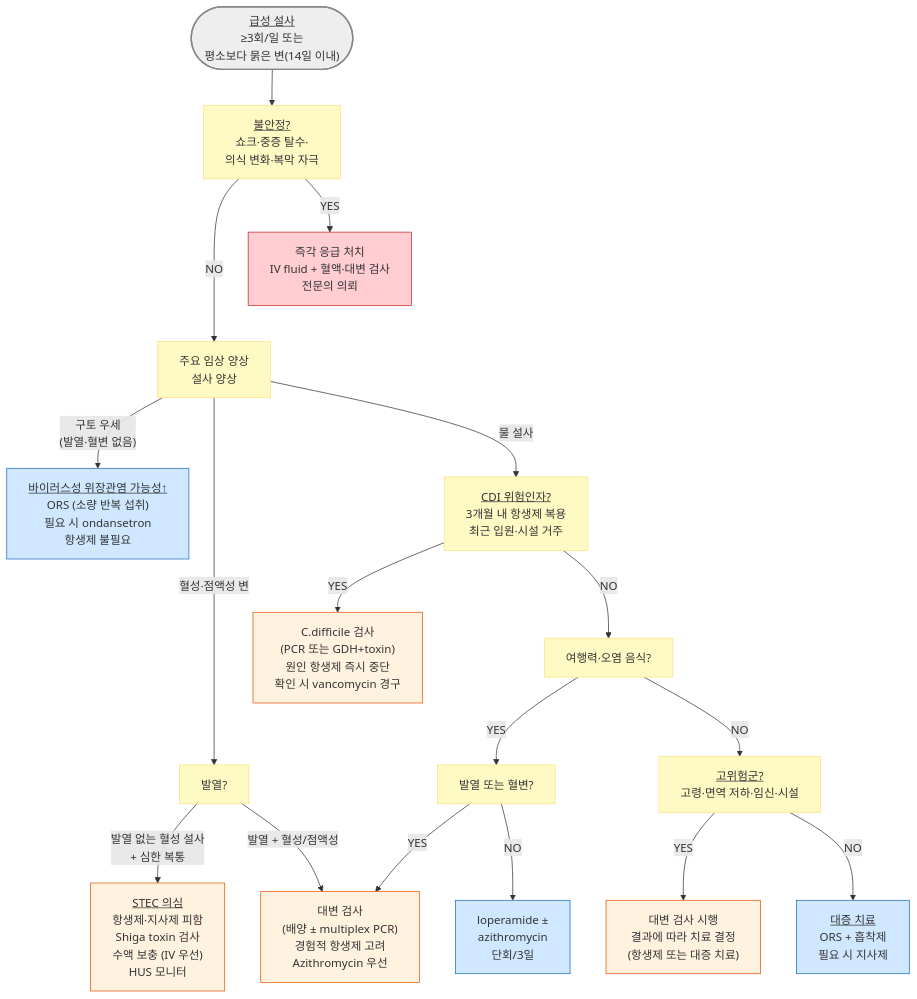
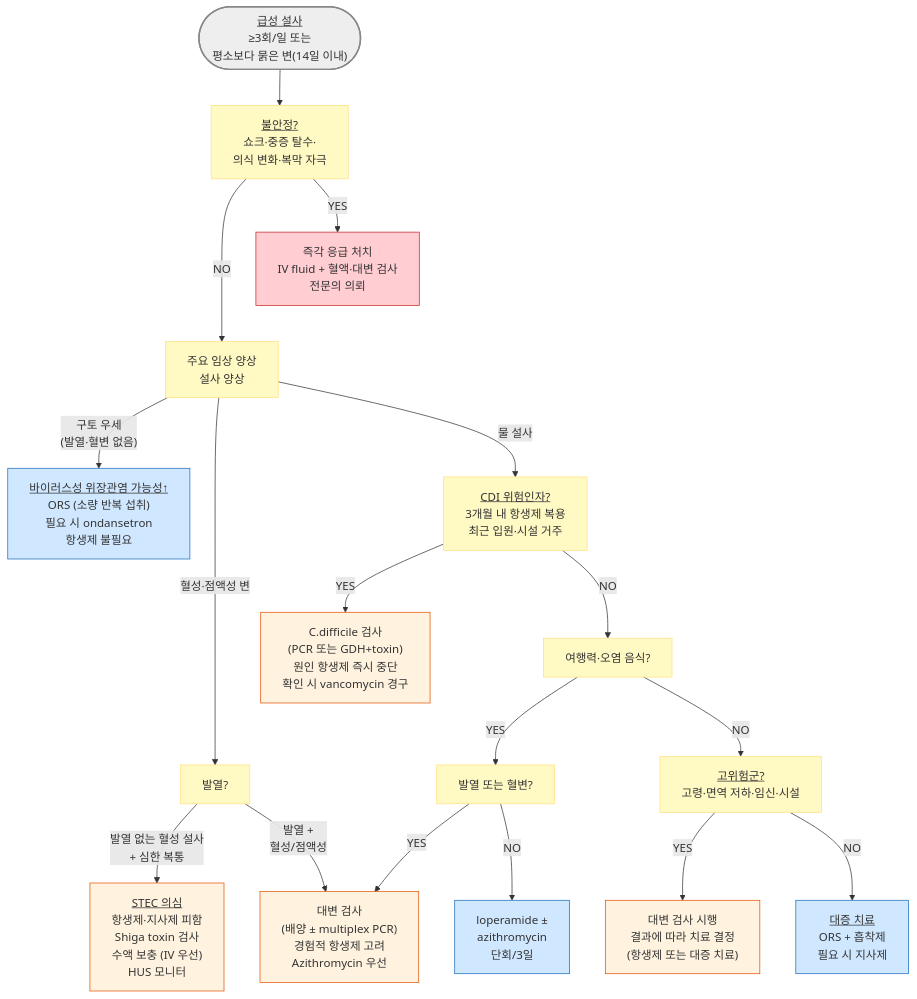
One commit to familyoh77/familyoh77 changed the diagram in 224_/085_-acute-infectious-diarrhea.md. Above: the diagram before and after it, drawn with Mermaid. The commit also changed 1 other file, not shown here.

Commit message:
GITBOOK-965: No subject

````diff
--- a/224_/085_-acute-infectious-diarrhea.md
+++ b/224_/085_-acute-infectious-diarrhea.md
@@ -184,30 +184,30 @@
 ```mermaid
 graph TD
     Start(["<u>급성 설사</u><br/>≥3회/일 또는<br/>평소보다 묽은 변(14일 이내)"])
     Start --> Unstable["<u>불안정?</u><br/>쇼크·중증 탈수·<br/>의식 변화·복막 자극"]
     Unstable -- "NO" ---> Symptom["주요 임상 양상<br/>설사 양상"]
     Unstable -- "YES" --> ER["즉각 응급 처치<br/>IV fluid + 혈액·대변 검사<br/>전문의 의뢰"]
     Symptom -- "구토 우세<br/>(발열·혈변 없음)" --> Viral["<u>바이러스성 위장관염 가능성↑</u><br/>ORS (소량 반복 섭취)<br/>필요 시 ondansetron<br/>항생제 불필요"]
     Symptom -- "혈성·점액성 변" --> BloodFever["발열?"]
     BloodFever -- "발열 없는 혈성 설사<br/>+ 심한 복통" --> 
     STEC["<u>STEC 의심</u><br/>항생제·지사제 피함<br/>Shiga toxin 검사<br/>수액 보충 (IV 우선)<br/>HUS 모니터"]
-    BloodFever -- "발열 + 혈성/점액성" --> EmpiricAtb["대변 검사<br/>(배양 ± multiplex PCR)<br/>경험적 항생제 고려<br/>Azithromycin 우선"]
+    BloodFever -- "발열 + <br/>혈성/점액성" --> EmpiricAtb["대변 검사<br/>(배양 ± multiplex PCR)<br/>경험적 항생제 고려<br/>Azithromycin 우선"]
     Symptom -- "물 설사" --> CDIRisk["<u>CDI 위험인자?</u><br/>3개월 내 항생제 복용<br/>최근 입원·시설 거주"]
     CDIRisk -- "YES" --> CDITx["C.difficile 검사<br/>(PCR 또는 GDH+toxin)<br/>원인 항생제 즉시 중단<br/>확인 시 vancomycin 경구"]
     CDIRisk -- "NO" --> Travel["여행력·오염 음식?"]
     Travel -- "YES" --> TravelFever["발열 또는 혈변?"]
     TravelFever -- "YES" --> EmpiricAtb
     TravelFever -- "NO" --> TravelMild["loperamide ±<br/>azithromycin <br/>단회/3일"]
     Travel -- "NO" --> Host["<u>고위험군?</u><br/>고령·면역 저하·임신·시설"]
     Host -- "YES" --> StoolExam["대변 검사 시행<br/>결과에 따라 치료 결정<br/>(항생제 또는 대증 치료)"]
     Host -- "NO" --> Watery["<u>대증 치료</u><br/>ORS + 흡착제<br/>필요 시 지사제"]
  
 style Start fill:#eeeeee,stroke:#888888,stroke-width:2px
 classDef yellow fill:#fff9c4,stroke:#ffe082
    class Unstable,Symptom,BloodFever,CDIRisk,Travel,Host,TravelFever yellow
 style ER fill:#ffcdd2,stroke:#c62828
 classDef orange50 fill:#fff3e0,stroke:#e65100
    class STEC,CDITx,EmpiricAtb,StoolExam orange50
 classDef blue fill:#d0e8ff,stroke:#1a6abf
    class Viral,TravelMild,Watery blue
 ```
````
